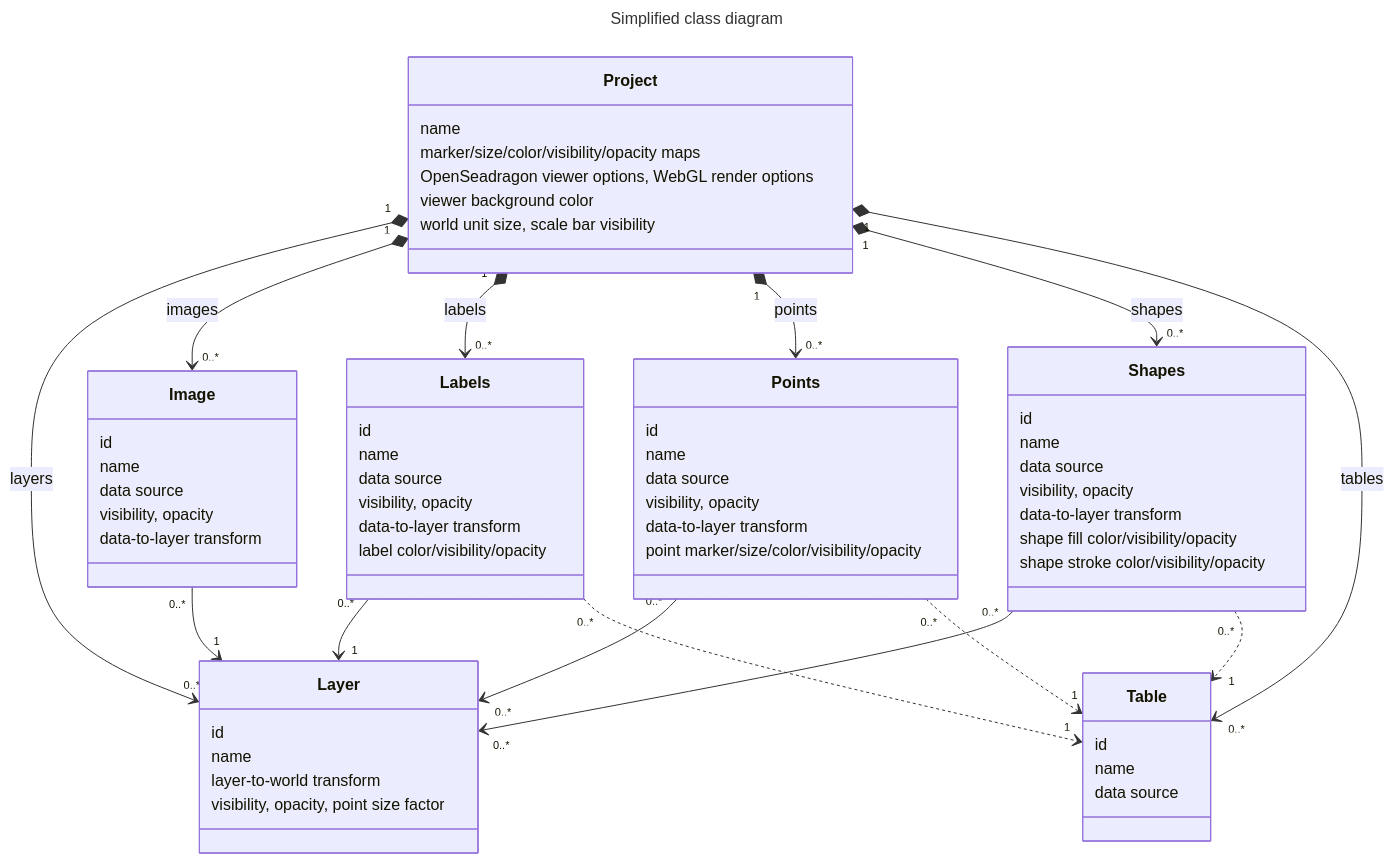
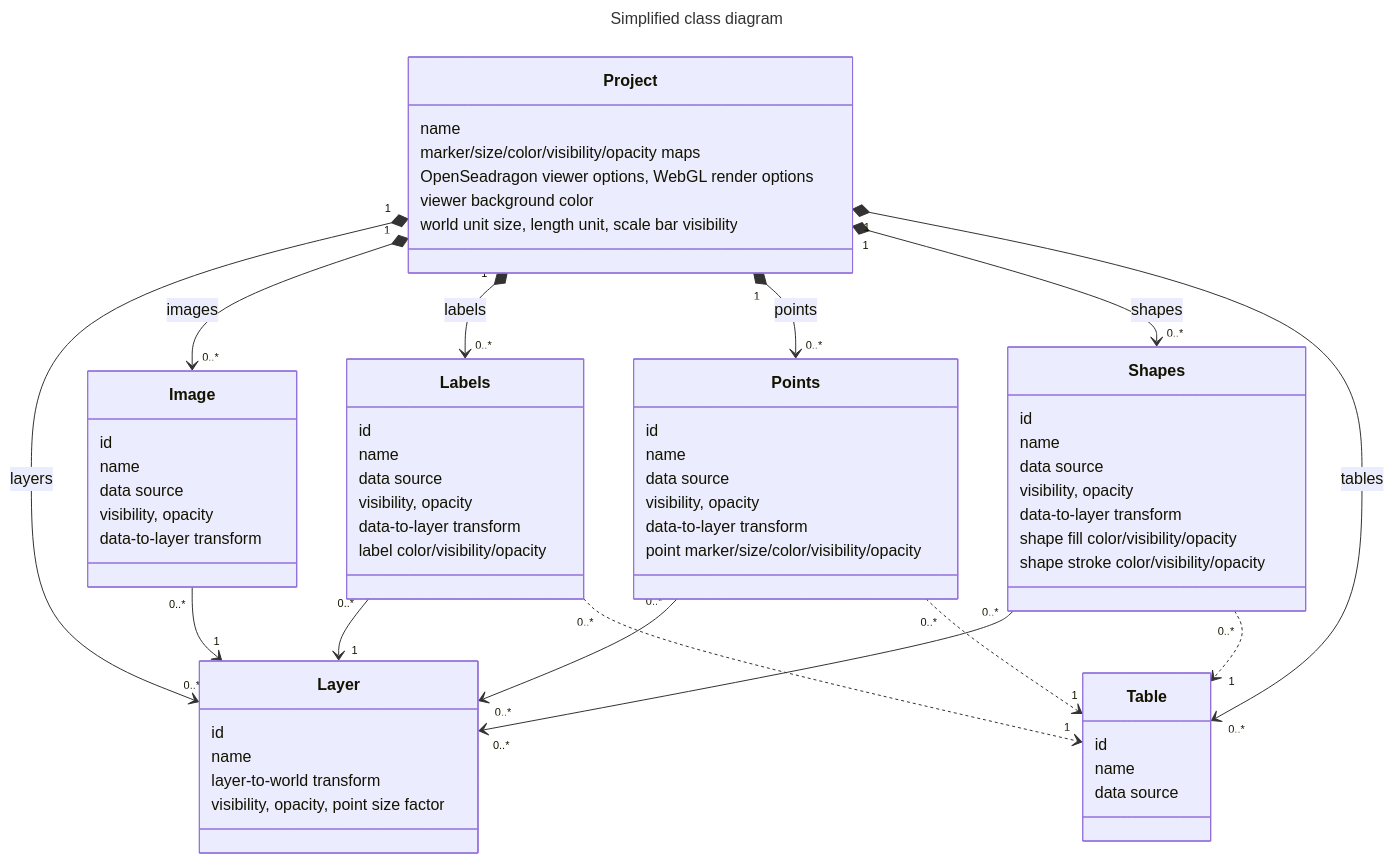
One commit to TissUUmaps/TissUUmaps changed the diagram in docs/concepts/data-model.md. Above: the diagram before and after it, drawn with Mermaid. The commit also changed 12 other files, not shown here.

Commit message:
feat(core,tissuumaps): pick the length unit of the world unit size, from nanometers to kilometers

````diff
--- a/docs/concepts/data-model.md
+++ b/docs/concepts/data-model.md
@@ -15,69 +15,69 @@
 ```mermaid
 ---
 title: Simplified class diagram
 ---
 
 classDiagram
     class Project
     Project : name
     Project : marker/size/color/visibility/opacity maps
     Project : OpenSeadragon viewer options, WebGL render options
     Project : viewer background color
-    Project : world unit size, scale bar visibility
+    Project : world unit size, length unit, scale bar visibility
     Project "1" *--> "0..*" Layer : layers
     Project "1" *--> "0..*" Image : images
     Project "1" *--> "0..*" Labels : labels
     Project "1" *--> "0..*" Points : points
     Project "1" *--> "0..*" Shapes : shapes
     Project "1" *--> "0..*" Table : tables
 
     class Layer
     Layer : id
     Layer : name
     Layer : layer-to-world transform
     Layer : visibility, opacity, point size factor
 
     class Image
     Image : id
     Image : name
     Image : data source
     Image : visibility, opacity
     Image : data-to-layer transform
     Image "0..*" --> "1" Layer
 
     class Labels
     Labels : id
     Labels : name
     Labels : data source
     Labels : visibility, opacity
     Labels : data-to-layer transform
     Labels : label color/visibility/opacity
     Labels "0..*" --> "1" Layer
     Labels "0..*" ..> "1" Table
 
     class Points
     Points : id
     Points : name
     Points : data source
     Points : visibility, opacity
     Points : data-to-layer transform
     Points : point marker/size/color/visibility/opacity
     Points "0..*" --> "0..*" Layer
     Points "0..*" ..> "1" Table
 
     class Shapes
     Shapes : id
     Shapes : name
     Shapes : data source
     Shapes : visibility, opacity
     Shapes : data-to-layer transform
     Shapes : shape fill color/visibility/opacity
     Shapes : shape stroke color/visibility/opacity
     Shapes "0..*" --> "0..*" Layer
     Shapes "0..*" ..> "1" Table
 
     class Table
     Table : id
     Table : name
     Table : data source
 ```
````
